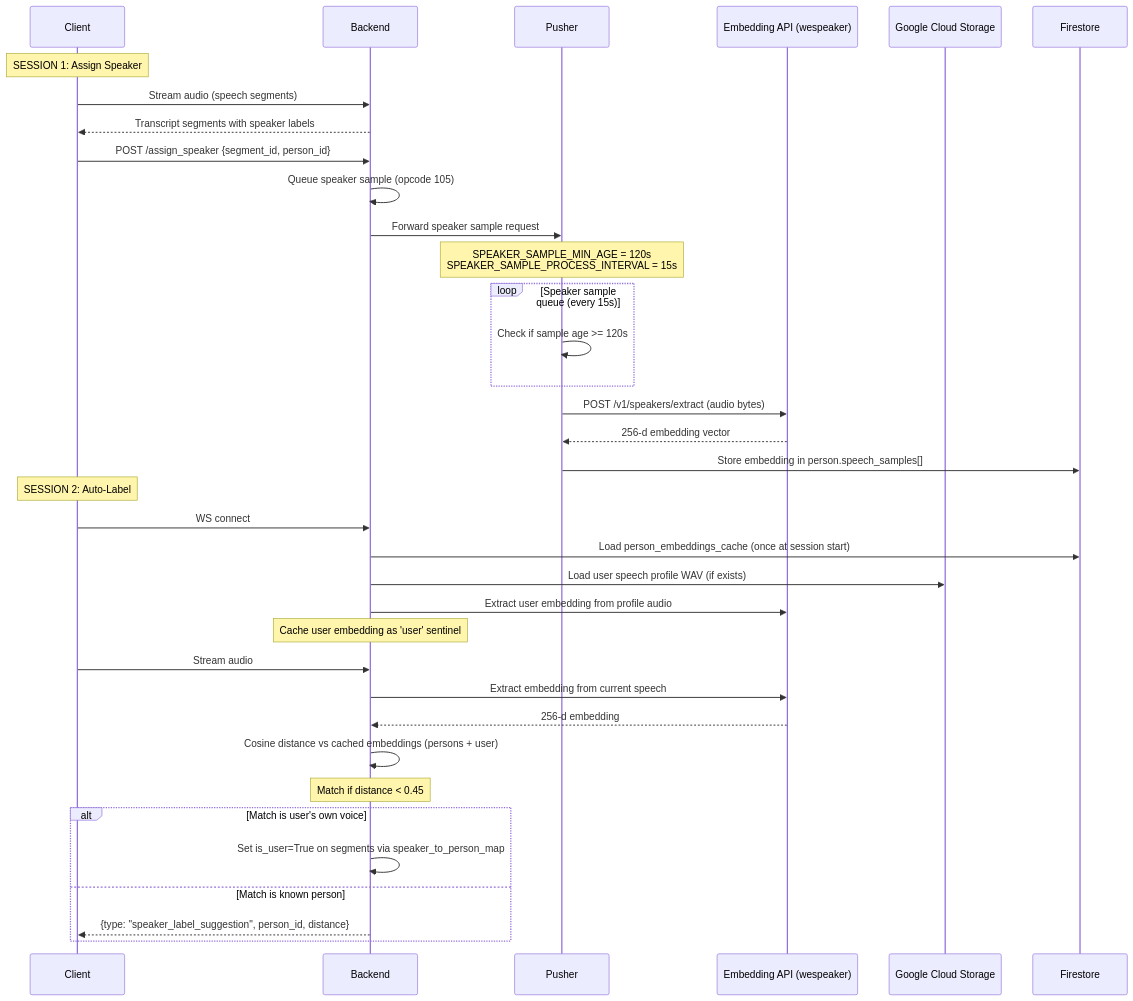
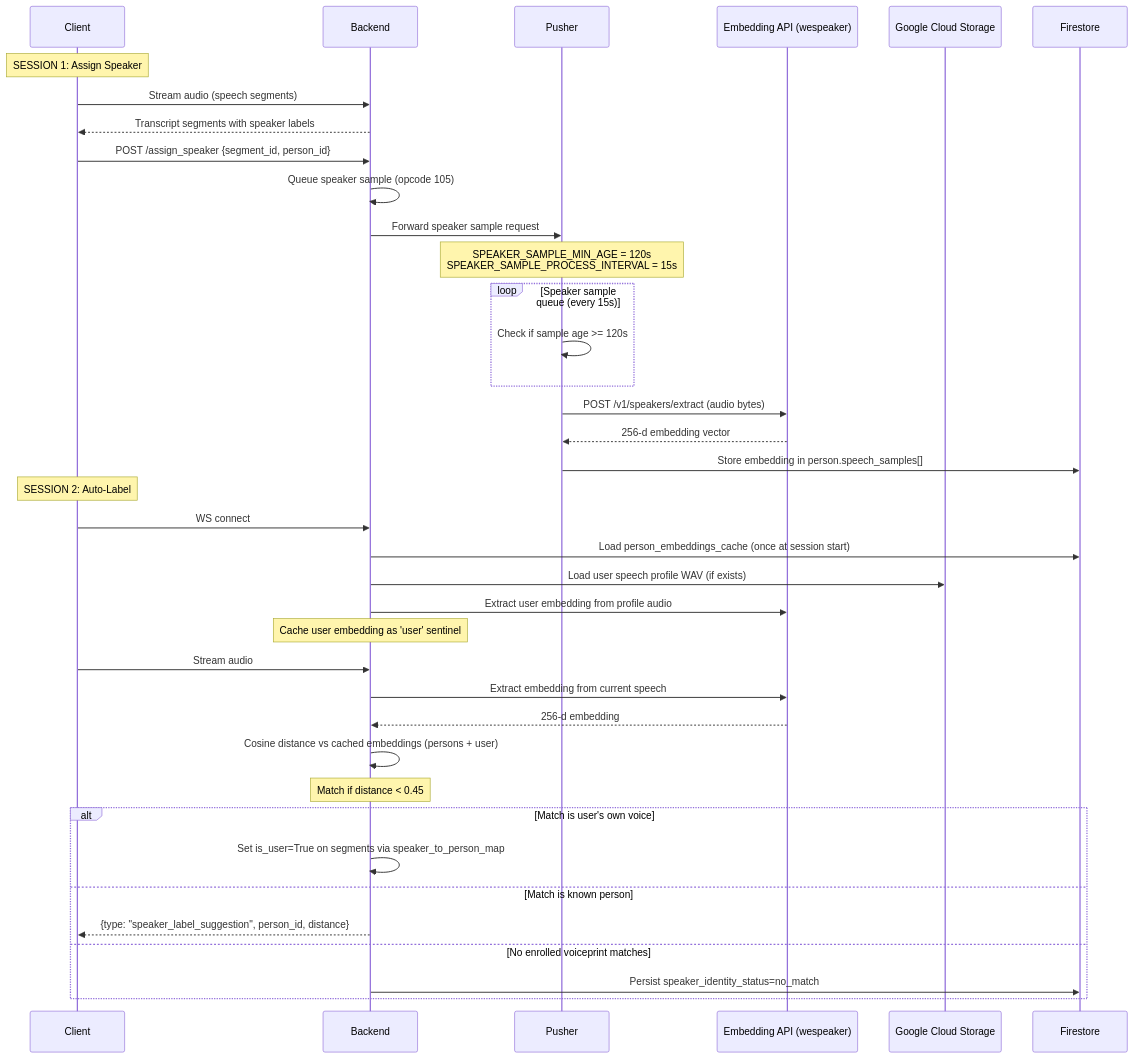
Before and after one commit to BasedHardware/omi: the seventh of 8 diagrams in docs/doc/developer/backend/listen_pusher_pipeline.mdx, drawn with Mermaid. The commit also changed other lines of this file and 21 other files, not shown here.

First line of the commit message:
fix(stt): scope and bound speaker identity

````diff
--- a/docs/doc/developer/backend/listen_pusher_pipeline.mdx
+++ b/docs/doc/developer/backend/listen_pusher_pipeline.mdx
@@ -443,45 +451,47 @@
 ```mermaid
 sequenceDiagram
     participant Client
     participant Backend as Backend
     participant Pusher
     participant EmbeddingAPI as Embedding API (wespeaker)
     participant GCS as Google Cloud Storage
     participant Firestore
 
     Note over Client: SESSION 1: Assign Speaker
 
     Client->>Backend: Stream audio (speech segments)
     Backend-->>Client: Transcript segments with speaker labels
     Client->>Backend: POST /assign_speaker {segment_id, person_id}
     Backend->>Backend: Queue speaker sample (opcode 105)
     Backend->>Pusher: Forward speaker sample request
 
     Note over Pusher: SPEAKER_SAMPLE_MIN_AGE = 120s<br/>SPEAKER_SAMPLE_PROCESS_INTERVAL = 15s
 
     loop Speaker sample queue (every 15s)
         Pusher->>Pusher: Check if sample age >= 120s
     end
 
     Pusher->>EmbeddingAPI: POST /v1/speakers/extract (audio bytes)
     EmbeddingAPI-->>Pusher: 256-d embedding vector
     Pusher->>Firestore: Store embedding in person.speech_samples[]
 
     Note over Client: SESSION 2: Auto-Label
 
     Client->>Backend: WS connect
     Backend->>Firestore: Load person_embeddings_cache (once at session start)
     Backend->>GCS: Load user speech profile WAV (if exists)
     Backend->>EmbeddingAPI: Extract user embedding from profile audio
     Note over Backend: Cache user embedding as 'user' sentinel
     Client->>Backend: Stream audio
     Backend->>EmbeddingAPI: Extract embedding from current speech
     EmbeddingAPI-->>Backend: 256-d embedding
     Backend->>Backend: Cosine distance vs cached embeddings (persons + user)
     Note over Backend: Match if distance < 0.45
     alt Match is user's own voice
         Backend->>Backend: Set is_user=True on segments via speaker_to_person_map
     else Match is known person
         Backend-->>Client: {type: "speaker_label_suggestion", person_id, distance}
+    else No enrolled voiceprint matches
+        Backend->>Firestore: Persist speaker_identity_status=no_match
     end
 ```
````
